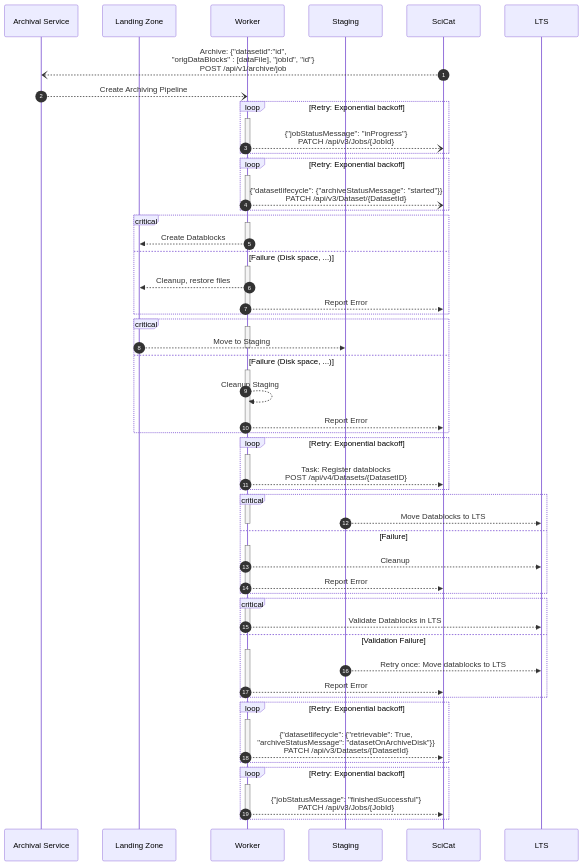
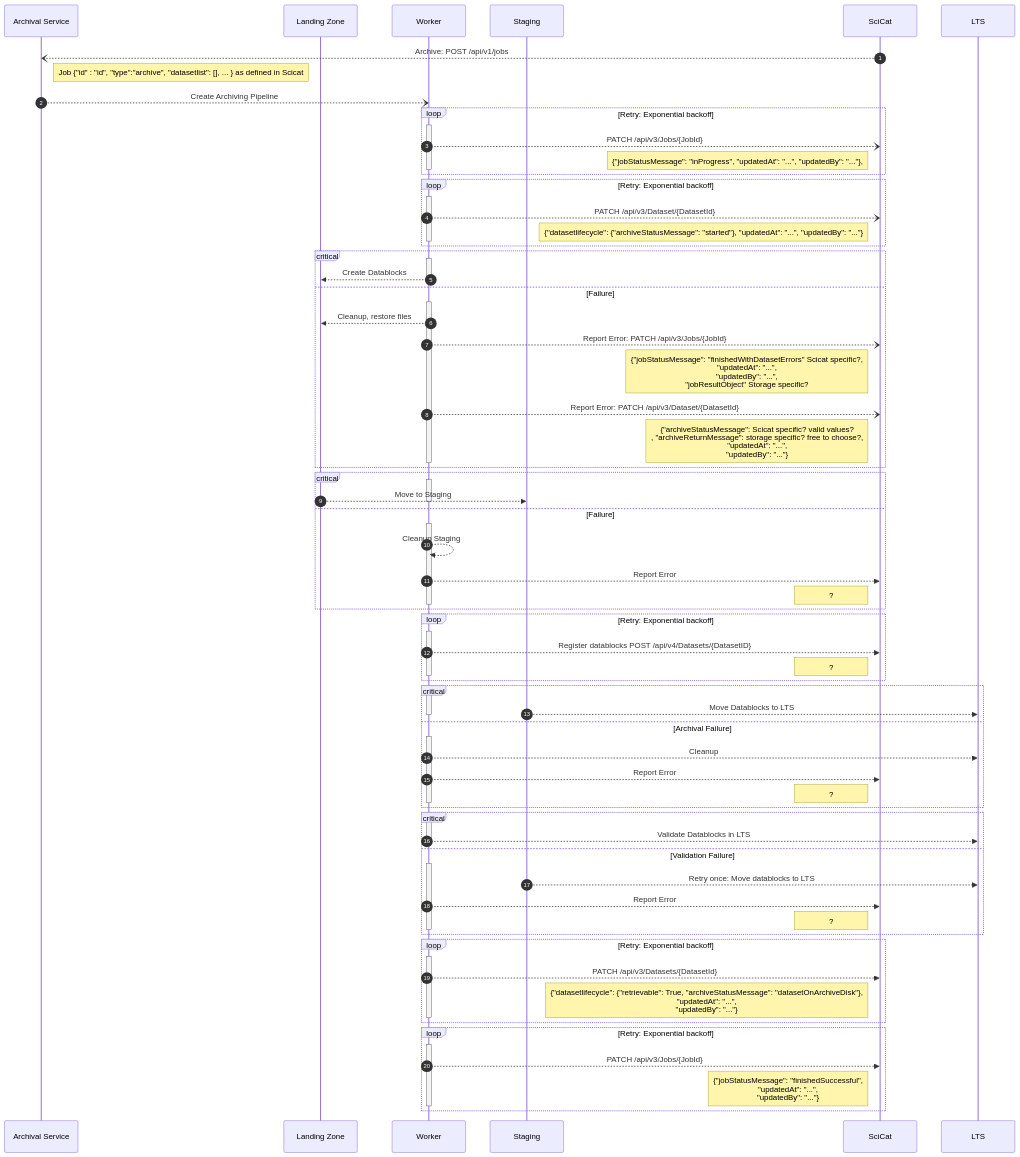
One commit to SwissOpenEM/ScopeMArchiver changed the first of 2 diagrams in backend/archiver/readMe.md. Above: the diagram before and after it, drawn with Mermaid. The commit also changed other lines of this file, not shown here.

````diff
--- a/backend/archiver/readMe.md
+++ b/backend/archiver/readMe.md
@@ -53,42 +12,50 @@
   participant S as SciCat
   participant LTS as LTS
 
-  S --) AS: Archive: {"datasetid":"id", <br> "origDataBlocks" : [dataFile], "jobId", "id"}<br> POST /api/v1/archive/job
+  S --) AS: Archive: POST /api/v1/jobs
+  Note right of AS: Job {"id" : "id", "type":"archive", "datasetlist": [], ... } as defined in Scicat
   
    AS --) J: Create Archiving Pipeline
   loop Retry: Exponential backoff
     activate J
-      J --) S: {"jobStatusMessage": "inProgress"}   <br> PATCH /api/v3/Jobs/{JobId}
+      J --) S: PATCH /api/v3/Jobs/{JobId}
+      Note left of S: {"jobStatusMessage": "inProgress", "updatedAt": "...", "updatedBy": "..."}, 
     deactivate J
   end
   loop Retry: Exponential backoff
     activate J
-      J --) S: {"datasetlifecycle": {"archiveStatusMessage": "started"}}   <br> PATCH /api/v3/Dataset/{DatasetId}
+      J --) S:  PATCH /api/v3/Dataset/{DatasetId}
+      Note left of S: {"datasetlifecycle": {"archiveStatusMessage": "started"}, "updatedAt": "...", "updatedBy": "..."}  
     deactivate J
   end
   critical 
     activate J
-    J -->> L:  Create Datablocks
+      J -->> L:  Create Datablocks
     deactivate J
-  option Failure (Disk space, ...)
+  option Failure
     activate J
-    J -->> L: Cleanup, restore files
-    J -->> S: Report Error
+      J -->> L: Cleanup, restore files
+      J --) S: Report Error: PATCH /api/v3/Jobs/{JobId}
+      Note left of S: {"jobStatusMessage": "finishedWithDatasetErrors" Scicat specific?,<br>  "updatedAt": "...",<br>  "updatedBy": "...", <br> "jobResultObject" Storage specific?
+      J --) S: Report Error: PATCH /api/v3/Dataset/{DatasetId}
+      Note left of S: {"archiveStatusMessage": Scicat specific? valid values?<br>, "archiveReturnMessage": storage specific? free to choose?, <br> "updatedAt": "...", <br> "updatedBy": "..."}
     deactivate J
   end
   critical
     activate J
     L -->> A: Move to Staging
     deactivate J
-  option Failure (Disk space, ...)
+  option Failure
     activate J
     J -->> J: Cleanup Staging
     J -->> S: Report Error
+    Note left of S: ?
     deactivate J
   end
   loop Retry: Exponential backoff
     activate J
-    J -->> S: Task: Register datablocks <br> POST /api/v4/Datasets/{DatasetID}
+    J -->> S: Register datablocks POST /api/v4/Datasets/{DatasetID}
+    Note left of S: ?
     deactivate J
   end
   
@@ -96,10 +63,11 @@
     activate J
     A -->> LTS: Move Datablocks to LTS
     deactivate J
-  option Failure
+  option Archival Failure
     activate J
     J -->> LTS: Cleanup
     J -->> S: Report Error
+    Note left of S: ?
     deactivate J
   end
   critical 
@@ -110,16 +78,19 @@
     activate J
     A -->> LTS: Retry once: Move datablocks to LTS
     J -->> S: Report Error
+    Note left of S: ?
     deactivate J
   end
   loop Retry: Exponential backoff
     activate J
-    J -->> S: {"datasetlifecycle": {"retrievable": True, <br> "archiveStatusMessage": "datasetOnArchiveDisk"}} <br> PATCH /api/v3/Datasets/{DatasetId}
+    J -->> S:  PATCH /api/v3/Datasets/{DatasetId}
+    Note left of S: {"datasetlifecycle": {"retrievable": True, "archiveStatusMessage": "datasetOnArchiveDisk"}, <br> "updatedAt": "...", <br> "updatedBy": "..."} 
     deactivate J
   end 
   loop Retry: Exponential backoff
     activate J
-    J -->> S: {"jobStatusMessage": "finishedSuccessful"} <br>PATCH /api/v3/Jobs/{JobId}
+    J -->> S: PATCH /api/v3/Jobs/{JobId}
+    Note left of S: {"jobStatusMessage": "finishedSuccessful",<br>  "updatedAt": "...", <br> "updatedBy": "..."} 
     deactivate J
   end 
 ```
````
